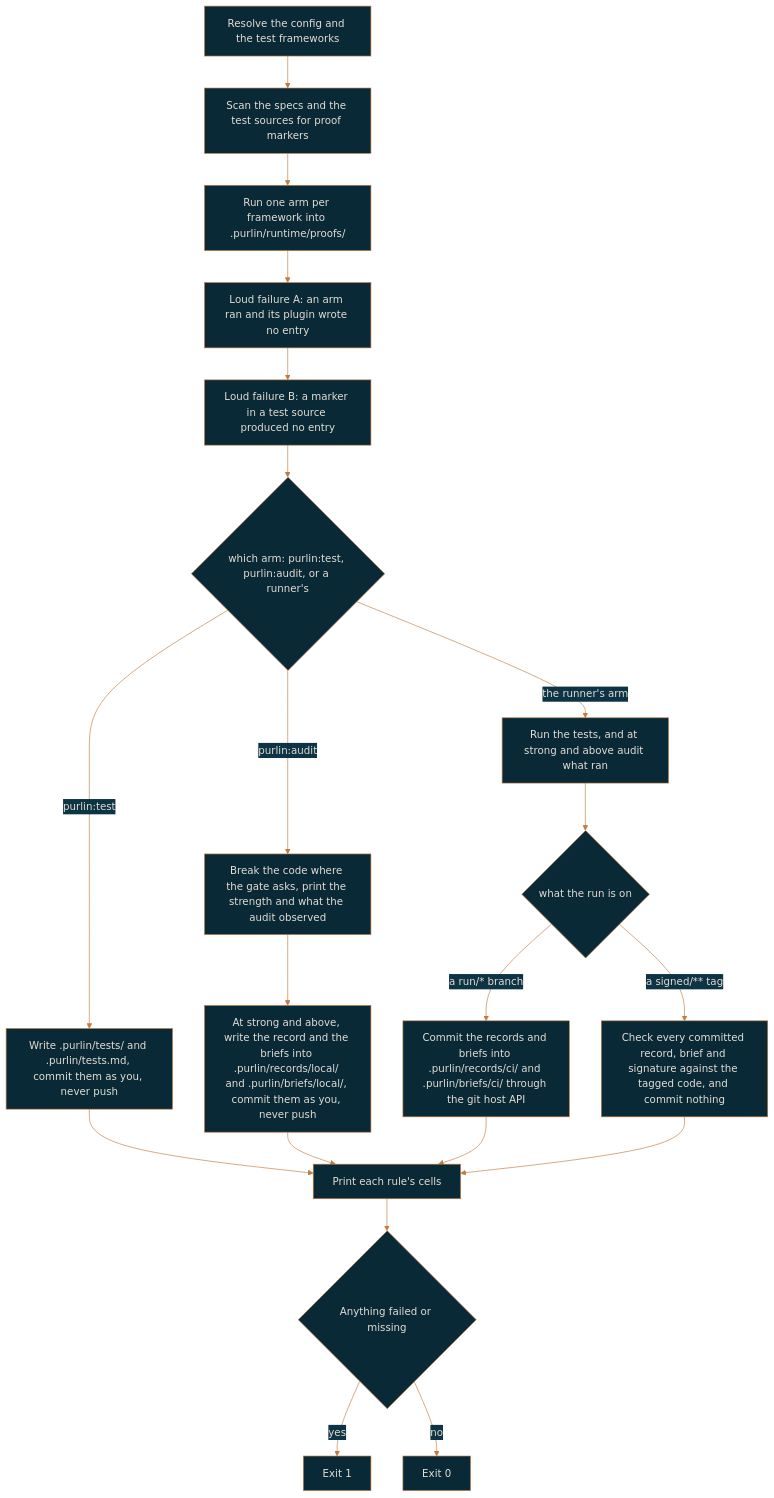
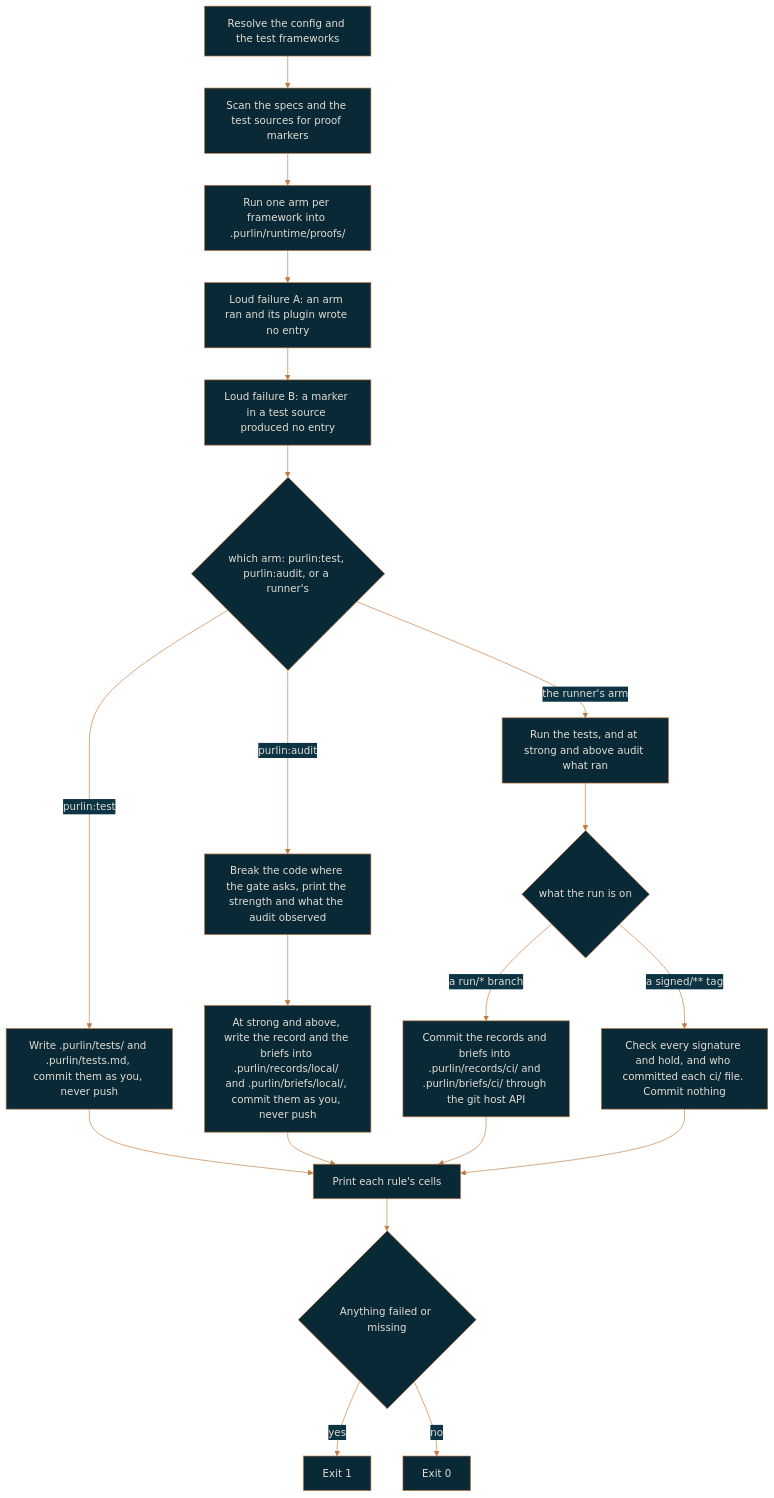
The diagram in docs/running-and-records.md (rlabarca/purlin), drawn with Mermaid before and after one commit. The commit also changed other lines of this file and 13 other files, not shown here.

````diff
--- a/docs/running-and-records.md
+++ b/docs/running-and-records.md
@@ -106,23 +106,23 @@
 ```mermaid
 %%{init: {"theme": "base", "themeVariables": {"background": "#0C3444", "primaryColor": "#092936", "primaryTextColor": "#E4DDD4", "primaryBorderColor": "#C0793F", "lineColor": "#C0793F", "secondaryColor": "#0C3444", "tertiaryColor": "#092936", "fontFamily": "Arial", "textColor": "#E4DDD4"}}}%%
 flowchart TD
   A[Resolve the config and the test frameworks] --> B[Scan the specs and the test sources for proof markers]
   B --> C[Run one arm per framework into .purlin/runtime/proofs/]
   C --> D[Loud failure A: an arm ran and its plugin wrote no entry]
   D --> E[Loud failure B: a marker in a test source produced no entry]
   E --> F{"which arm: purlin:test, purlin:audit, or a runner's"}
   F -- "purlin:test" --> T1["Write .purlin/tests/ and .purlin/tests.md, commit them as you, never push"]
   F -- "purlin:audit" --> A1["Break the code where the gate asks, print the strength and what the audit observed"]
   A1 --> A2["At strong and above, write the record and the briefs into .purlin/records/local/ and .purlin/briefs/local/, commit them as you, never push"]
   F -- "the runner's arm" --> H["Run the tests, and at strong and above audit what ran"]
   H --> Ci{"what the run is on"}
   Ci -->|"a run/* branch"| I2["Commit the records and briefs into .purlin/records/ci/ and .purlin/briefs/ci/ through the git host API"]
-  Ci -->|"a signed/** tag"| I3["Check every committed record, brief and signature against the tagged code, and commit nothing"]
+  Ci -->|"a signed/** tag"| I3["Check every signature and hold, and who committed each ci/ file. Commit nothing"]
   T1 --> G["Print each rule's cells"]
   A2 --> G
   I2 --> G
   I3 --> G
   G --> J{Anything failed or missing}
   J -- yes --> K[Exit 1]
   J -- no --> L[Exit 0]
 ```
````
